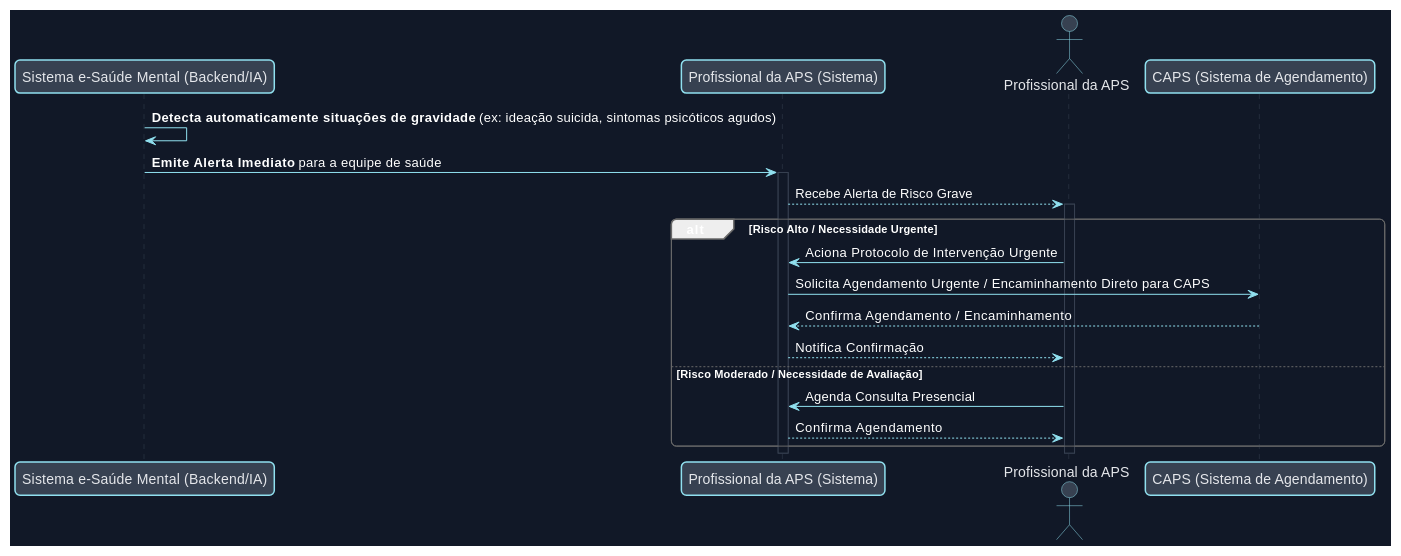
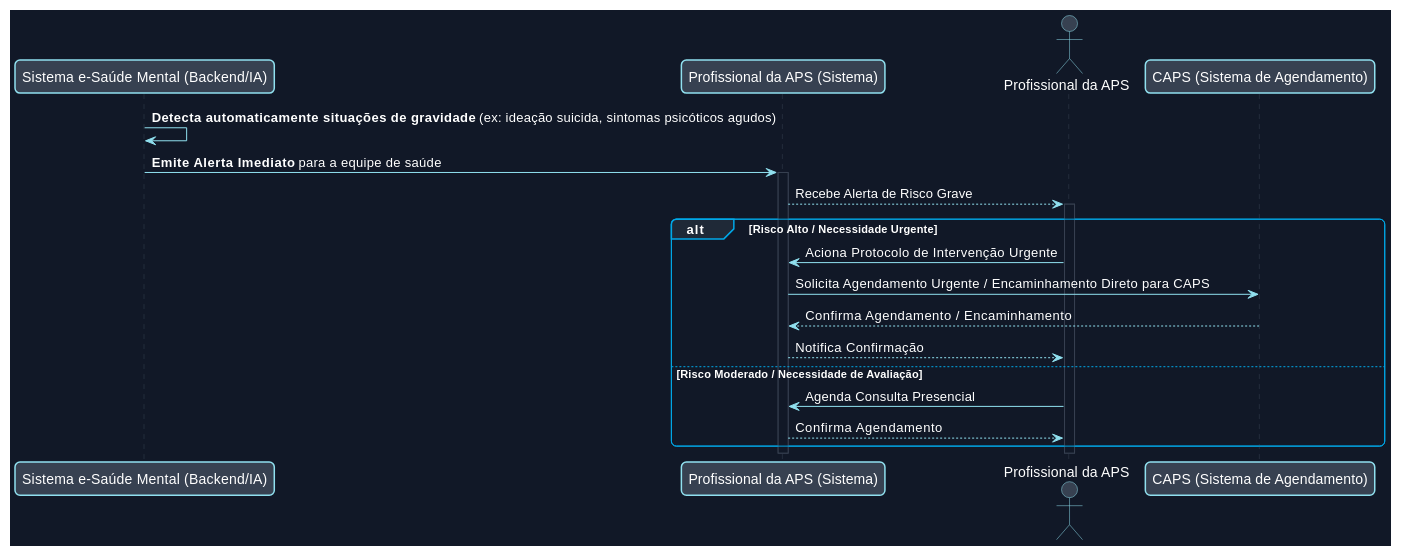
Before and after one commit to racoci/DevNotes: the sixth of 13 diagrams in Health/Fluxos.md, drawn with PlantUML. The commit also changed other lines of this file, not shown here.

Commit message:
2025-08-13 21:36:35 DevNote backup

````diff
--- a/Health/Fluxos.md
+++ b/Health/Fluxos.md
@@ -332,63 +338,71 @@
 ```plantuml
 @startuml
 !theme vibrant
 ' Definições de Estilo (Dark Theme)
 skinparam shadowing false
 skinparam roundcorner 10
 skinparam backgroundColor #111827
 skinparam defaultFontColor #FFFFFF
 skinparam title {
     FontColor #FFFFFF
 }
 skinparam actor {
     BorderColor #90E0EF
     BackgroundColor #374151
-    FontColor #E5E7EB
+    FontColor #FFFFFF
 }
 skinparam usecase {
     BorderColor #00A8E8
     BackgroundColor #1F2937
-    FontColor #E5E7EB
+    FontColor #FFFFFF
 }
 skinparam rectangle {
     BorderColor #00A8E8
     BackgroundColor #1F2937
-    FontColor #E5E7EB
+    FontColor #FFFFFF
 }
 skinparam arrow {
     Color #90E0EF
 }
 skinparam sequence {
     ParticipantBorderColor #90E0EF
     ParticipantBackgroundColor #374151
-    ParticipantFontColor #E5E7EB
+    ParticipantFontColor #FFFFFF
     DatabaseBorderColor #00A8E8
     DatabaseBackgroundColor #1F2937
-    DatabaseFontColor #E5E7EB
+    DatabaseFontColor #FFFFFF
     LifeLineBackgroundColor #111827
     LifeLineBorderColor #374151
+    LoopBorderColor #00A8E8
+    LoopBackgroundColor #1F2937
+    LoopFontColor #FFFFFF
+    GroupBorderColor #00A8E8
+    GroupBackgroundColor #1F2937
+    GroupFontColor #FFFFFF
 }
 
 participant "Sistema e-Saúde Mental (Backend/IA)" as BackendIA
 participant "Profissional da APS (Sistema)" as APS_System
 actor "Profissional da APS" as ProfissionalAPS
 participant "CAPS (Sistema de Agendamento)" as CAPS_System
 
 BackendIA -> BackendIA : **Detecta automaticamente situações de gravidade** (ex: ideação suicida, sintomas psicóticos agudos)
 BackendIA -> APS_System : **Emite Alerta Imediato** para a equipe de saúde
 activate APS_System
 APS_System --> ProfissionalAPS : Recebe Alerta de Risco Grave
 activate ProfissionalAPS
+
 alt Risco Alto / Necessidade Urgente
     ProfissionalAPS -> APS_System : Aciona Protocolo de Intervenção Urgente
     APS_System -> CAPS_System : Solicita Agendamento Urgente / Encaminhamento Direto para CAPS
     CAPS_System --> APS_System : Confirma Agendamento / Encaminhamento
     APS_System --> ProfissionalAPS : Notifica Confirmação
 else Risco Moderado / Necessidade de Avaliação
     ProfissionalAPS -> APS_System : Agenda Consulta Presencial
     APS_System --> ProfissionalAPS : Confirma Agendamento
 end
+
 deactivate ProfissionalAPS
 deactivate APS_System
 @enduml
 ```
````
